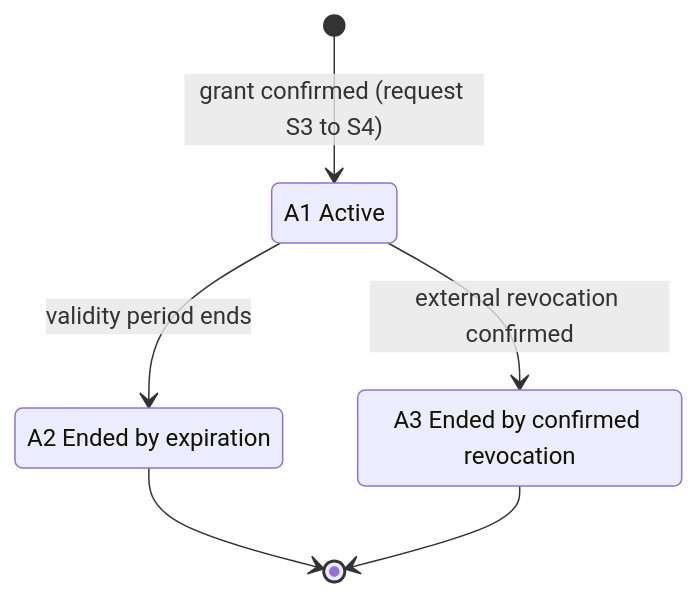
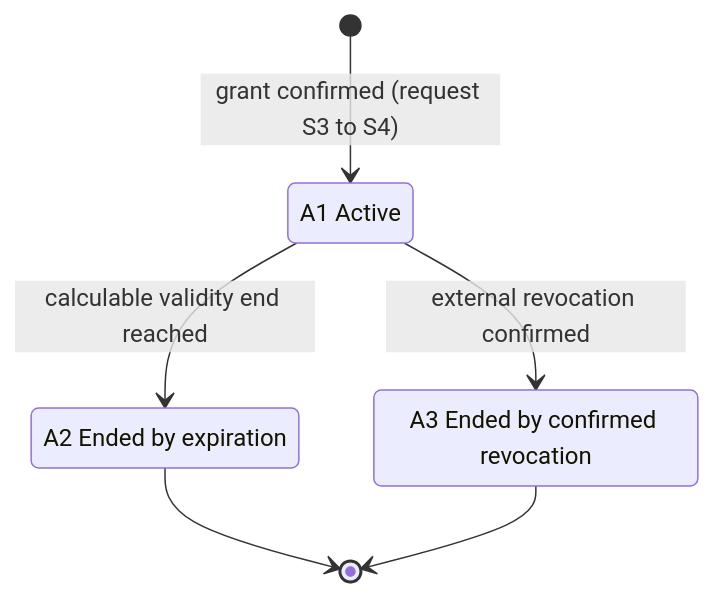
Before and after one commit to rodolforsj/stewardarc-access-governance: the second of 2 diagrams in docs/behavior.md, drawn with Mermaid. The commit also changed other lines of this file and 5 other files, not shown here.

````diff
--- a/docs/behavior.md
+++ b/docs/behavior.md
@@ -89,12 +89,12 @@
 ```mermaid
 stateDiagram-v2
     [*] --> A1: grant confirmed (request S3 to S4)
-    A1 --> A2: validity period ends
+    A1 --> A2: calculable validity end reached
     A1 --> A3: external revocation confirmed
     A2 --> [*]
     A3 --> [*]
 
     A1: A1 Active
     A2: A2 Ended by expiration
     A3: A3 Ended by confirmed revocation
 ```
````
